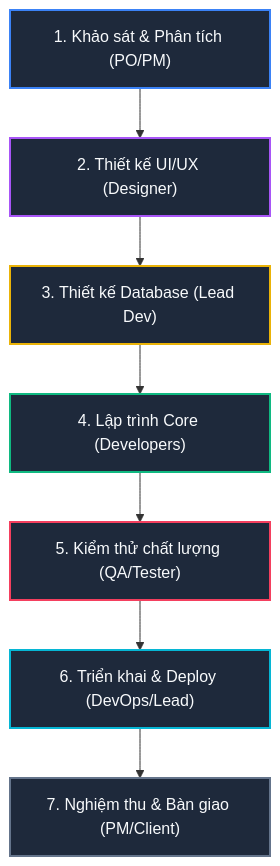
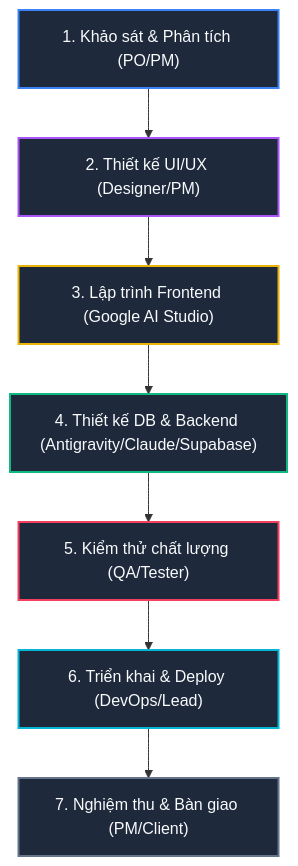
Before and after one commit to appdev-cmd/cic-ptpm: the diagram in docs/quy-trinh-phat-trien.md, drawn with Mermaid. The commit also changed other lines of this file and 1 other file, not shown here.

Commit message:
docs: hoan thien quy trinh phat trien (Frontend truoc Database theo pipeline AI)

````diff
--- a/docs/quy-trinh-phat-trien.md
+++ b/docs/quy-trinh-phat-trien.md
@@ -10,17 +10,17 @@
 ```mermaid
 graph TD
-    A["1. Khảo sát & Phân tích (PO/PM)"] --> B["2. Thiết kế UI/UX (Designer)"]
-    B --> C["3. Thiết kế Database (Lead Dev)"]
-    C --> D["4. Lập trình Core (Developers)"]
+    A["1. Khảo sát & Phân tích (PO/PM)"] --> B["2. Thiết kế UI/UX (Designer/PM)"]
+    B --> C["3. Lập trình Frontend (Google AI Studio)"]
+    C --> D["4. Thiết kế DB & Backend (Antigravity/Claude/Supabase)"]
     D --> E["5. Kiểm thử chất lượng (QA/Tester)"]
     E --> F["6. Triển khai & Deploy (DevOps/Lead)"]
     F --> G["7. Nghiệm thu & Bàn giao (PM/Client)"]
     
     style A fill:#1e293b,stroke:#3b82f6,stroke-width:2px,color:#f8fafc
     style B fill:#1e293b,stroke:#a855f7,stroke-width:2px,color:#f8fafc
     style C fill:#1e293b,stroke:#eab308,stroke-width:2px,color:#f8fafc
     style D fill:#1e293b,stroke:#10b981,stroke-width:2px,color:#f8fafc
     style E fill:#1e293b,stroke:#f43f5e,stroke-width:2px,color:#f8fafc
     style F fill:#1e293b,stroke:#06b6d4,stroke-width:2px,color:#f8fafc
     style G fill:#1e293b,stroke:#64748b,stroke-width:2px,color:#f8fafc
 ```
````
